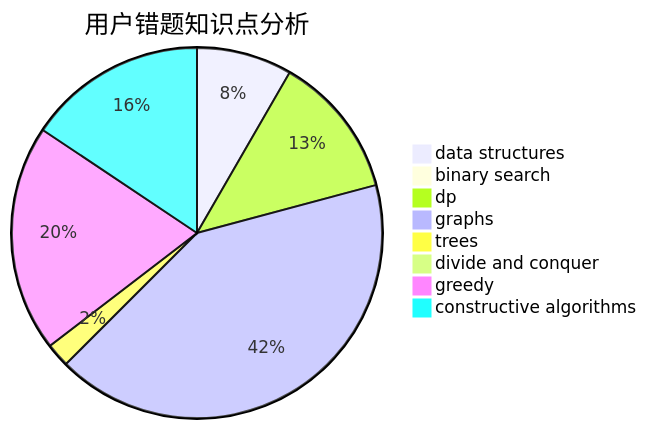
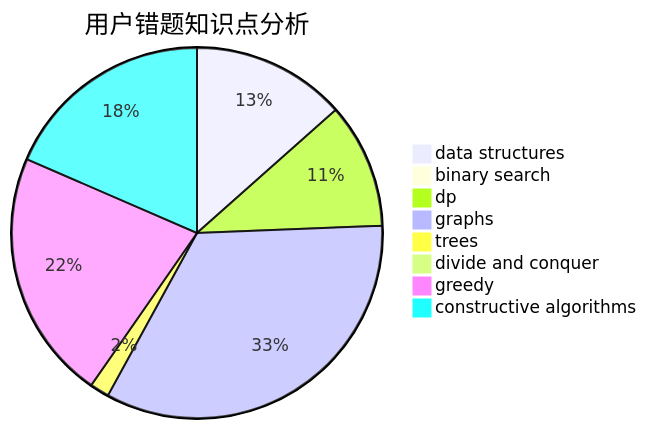
The third of 3 diagrams in docs/user/u1941.md (sherpahu/cfrs.github.io), drawn with Mermaid before and after one commit. The commit also changed other lines of this file and 2770 other files, not shown here.

````diff
--- a/docs/user/u1941.md
+++ b/docs/user/u1941.md
@@ -36,11 +36,11 @@
 ```mermaid
 pie title 用户错题知识点分析
-    "data structures" :  8
-    "binary search" :  0
-    "dp" :  12
+    "data structures" :  16
+    "binary search" :  1
+    "dp" :  13
     "graphs" :  40
     "trees" :  2
     "divide and conquer" :  0
-    "greedy" :  19
-    "constructive algorithms" :  15
+    "greedy" :  26
+    "constructive algorithms" :  22
 ```
````
